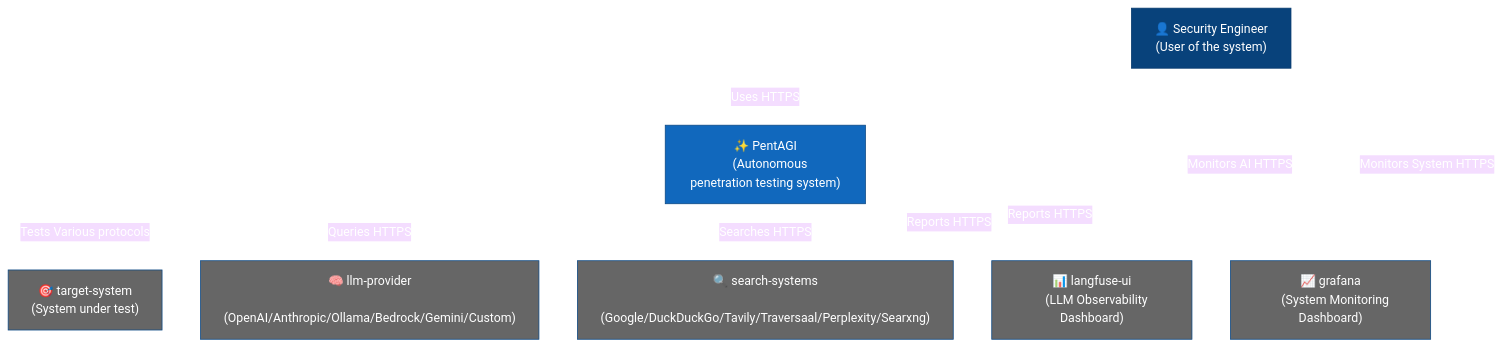
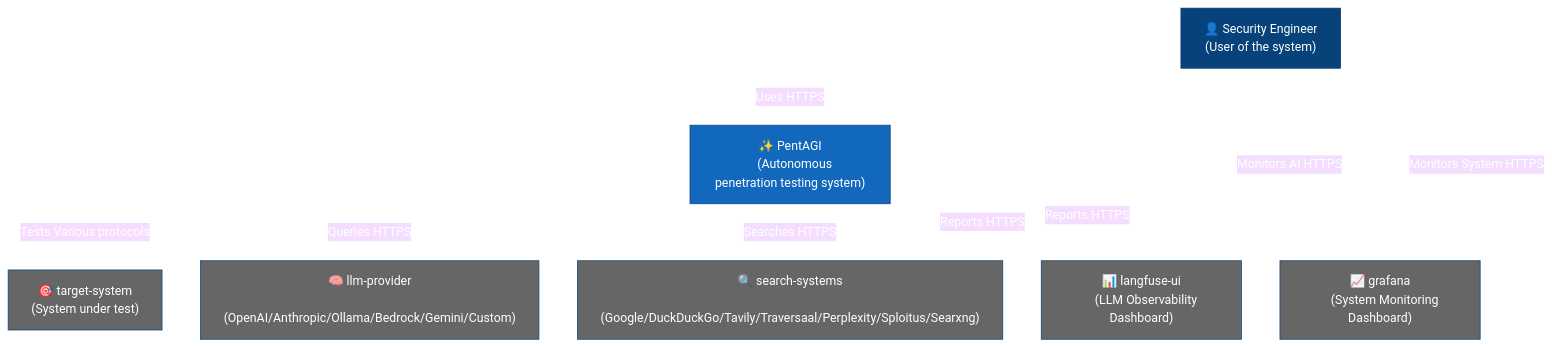
One commit to pentagi-oss/pentagi changed the first of 6 diagrams in README.md. Above: the diagram before and after it, drawn with Mermaid (base theme). The commit also changed other lines of this file and 25 other files, not shown here.

````diff
--- a/README.md
+++ b/README.md
@@ -65,38 +65,38 @@
 ```mermaid
 flowchart TB
     classDef person fill:#08427B,stroke:#073B6F,color:#fff
     classDef system fill:#1168BD,stroke:#0B4884,color:#fff
     classDef external fill:#666666,stroke:#0B4884,color:#fff
 
     pentester["👤 Security Engineer
     (User of the system)"]
 
     pentagi["✨ PentAGI
     (Autonomous penetration testing system)"]
 
     target["🎯 target-system
     (System under test)"]
     llm["🧠 llm-provider
     (OpenAI/Anthropic/Ollama/Bedrock/Gemini/Custom)"]
     search["🔍 search-systems
-    (Google/DuckDuckGo/Tavily/Traversaal/Perplexity/Searxng)"]
+    (Google/DuckDuckGo/Tavily/Traversaal/Perplexity/Sploitus/Searxng)"]
     langfuse["📊 langfuse-ui
     (LLM Observability Dashboard)"]
     grafana["📈 grafana
     (System Monitoring Dashboard)"]
 
     pentester --> |Uses HTTPS| pentagi
     pentester --> |Monitors AI HTTPS| langfuse
     pentester --> |Monitors System HTTPS| grafana
     pentagi --> |Tests Various protocols| target
     pentagi --> |Queries HTTPS| llm
     pentagi --> |Searches HTTPS| search
     pentagi --> |Reports HTTPS| langfuse
     pentagi --> |Reports HTTPS| grafana
 
     class pentester person
     class pentagi system
     class target,llm,search,langfuse,grafana external
 
     linkStyle default stroke:#ffffff,color:#ffffff
 ```
````
